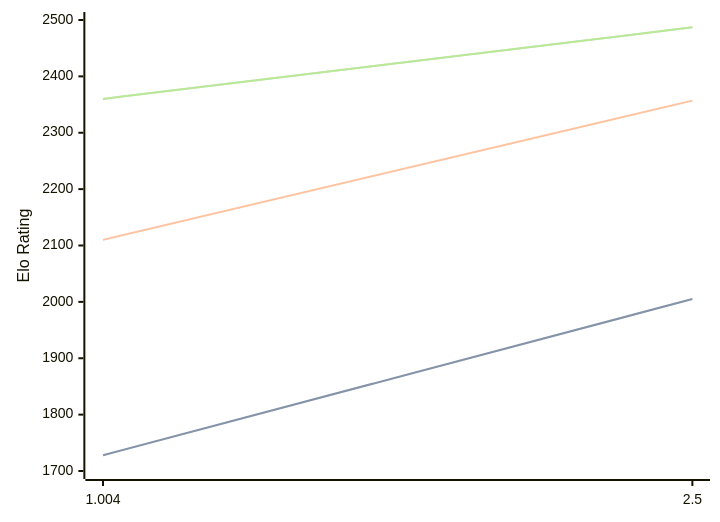
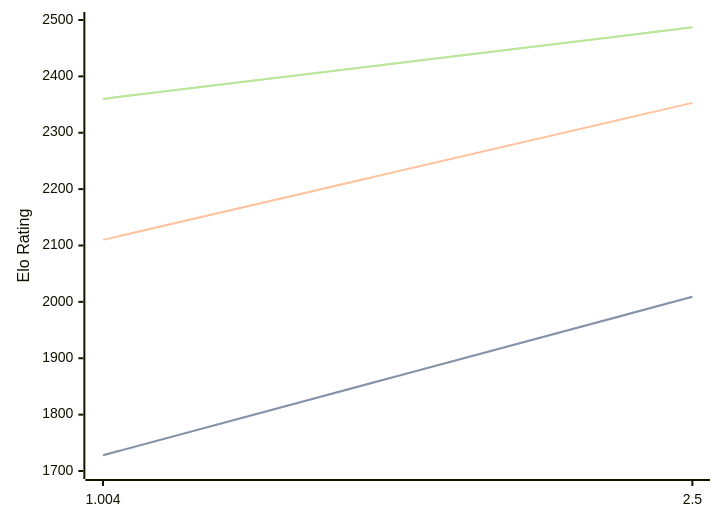
Before and after one commit to computer-chess-index/cci: the diagram in engines/Ares.md, drawn with Mermaid. The commit also changed other lines of this file, not shown here.

Commit message:
Update CCI Ratings (ELO VLTC) - 2026-04-22

````diff
--- a/engines/Ares.md
+++ b/engines/Ares.md
@@ -32,11 +32,11 @@
 ```mermaid
 %%{init: {"theme":"base","themeVariables":{"seriesColors:['#a3a3a3','#222221','#faa371']}}}%%
 xychart-beta
   x-axis ["1.004", "2.5"]
   y-axis "Elo Rating" 1700 --> 2500
-  line "STC (8.0+0.08s)" [1728, 2005]
-  line "STC (8.0+0.08s)" [1728, 2005]
-  line "LTC (60.0+0.60s)" [2110, 2357]
+  line "STC (8.0+0.08s)" [1728, 2009]
+  line "STC (8.0+0.08s)" [1728, 2009]
+  line "LTC (60.0+0.60s)" [2110, 2353]
   line "VLTC (2m24s+1.12s)" [2360, 2487]
   line "VLTC (2m24s+1.12s)" [2360, 2487]
 ```
````
